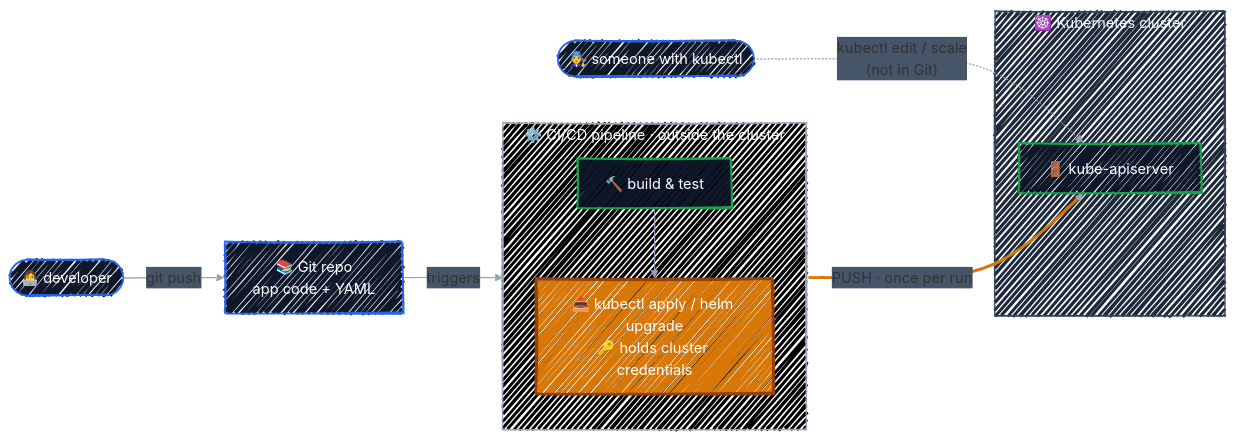
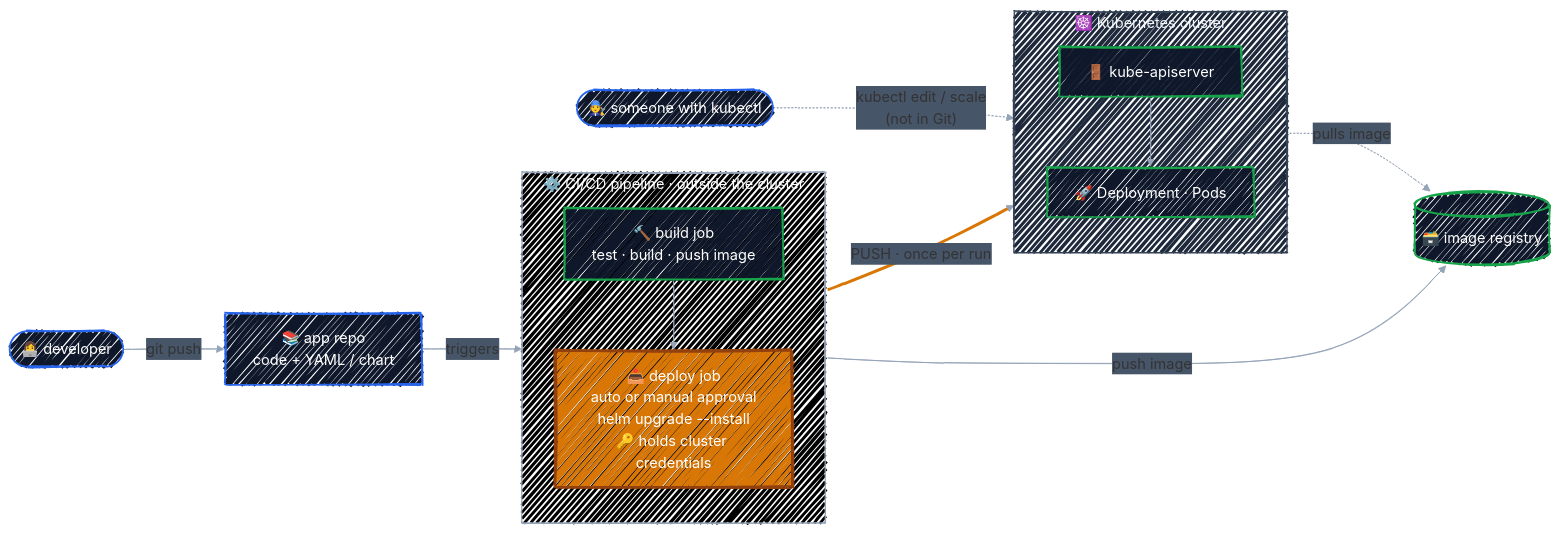
The diagram in docs/gitops-intro/push-model.md (r97221004/argoCD-tutorial), drawn with Mermaid before and after one commit. The commit also changed other lines of this file, not shown here.

Commit message:
docs: make the push model diagram closer to a real pipeline
- Split CI into a build job (test, build, push image) and a deploy job
  (auto or manual approval, helm upgrade --install) that holds the
  cluster credentials.
- Add the image registry and Pods pulling from it, mirroring the
  GitOps workflow diagram.
- Add a note on pipelines that also push the Helm chart to an OCI
  registry: still the push model.

````diff
--- a/docs/gitops-intro/push-model.md
+++ b/docs/gitops-intro/push-model.md
@@ -9,46 +9,53 @@
 ```mermaid
 ---
 config:
   look: handDrawn
   theme: default
   themeVariables:
     fontFamily: '"Comic Sans MS", "Comic Sans", "Segoe Print", "Bradley Hand", cursive'
     clusterBkg: '#FAFAFA'
     clusterBorder: '#94A3B8'
     lineColor: '#94A3B8'
     edgeLabelBackground: '#475569'
   themeCSS: |
     .edgeLabel, .edgeLabel p, .edgeLabel span { color: #FFFFFF !important; }
 ---
 flowchart LR
     dev(["👩‍💻 developer"])
-    git["📚 Git repo<br/>app code + YAML"]
+    git["📚 app repo<br/>code + YAML / chart"]
 
     subgraph ci["⚙️ CI/CD pipeline · outside the cluster"]
         direction TB
-        build["🔨 build &amp; test"]
-        push["📤 kubectl apply / helm upgrade<br/>🔑 holds cluster credentials"]
-        build --> push
+        build["🔨 build job<br/>test · build · push image"]
+        deploy["📤 deploy job<br/>auto or manual approval<br/>helm upgrade --install<br/>🔑 holds cluster credentials"]
+        build --> deploy
     end
 
+    reg[("🗃️ image registry")]
+
     subgraph cluster["☸️ Kubernetes cluster"]
+        direction TB
         api["🚪 kube-apiserver"]
+        live["🚀 Deployment · Pods"]
+        api --> live
     end
 
     ops(["🧑‍🔧 someone with kubectl"])
 
     dev -->|git push| git
     git -->|triggers| build
-    push ==>|"PUSH · once per run"| api
+    build -->|push image| reg
+    deploy ==>|"PUSH · once per run"| api
     ops -. "kubectl edit / scale<br/>(not in Git)" .-> api
+    live -. pulls image .-> reg
 
     classDef ctrl fill:#0F172A,stroke:#2563EB,stroke-width:2px,color:#FFFFFF
     classDef eng fill:#D97706,stroke:#92400E,stroke-width:3px,color:#FFFFFF
     classDef tgt fill:#0F172A,stroke:#16A34A,stroke-width:2px,color:#FFFFFF
     class dev,ops,git ctrl
-    class push eng
-    class build,api tgt
-    linkStyle 3 stroke:#D97706,stroke-width:3px
+    class deploy eng
+    class build,reg,api,live tgt
+    linkStyle 5 stroke:#D97706,stroke-width:3px
     style ci fill:#000000,stroke:#94A3B8,color:#FFFFFF,fillStyle:solid
     style cluster fill:#1E293B,stroke:#334155,color:#F1F5F9,fillStyle:solid
 ```
````
